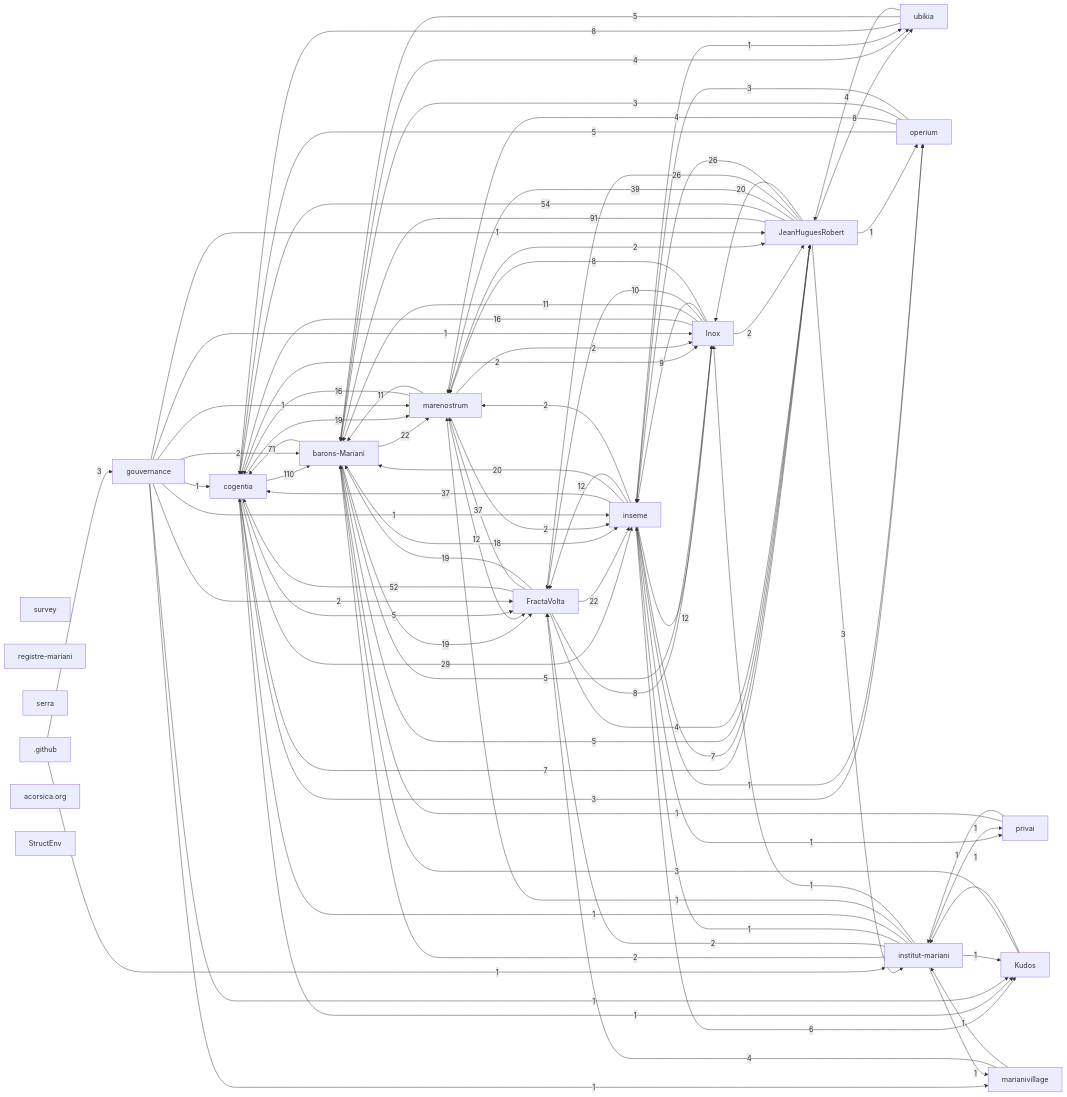
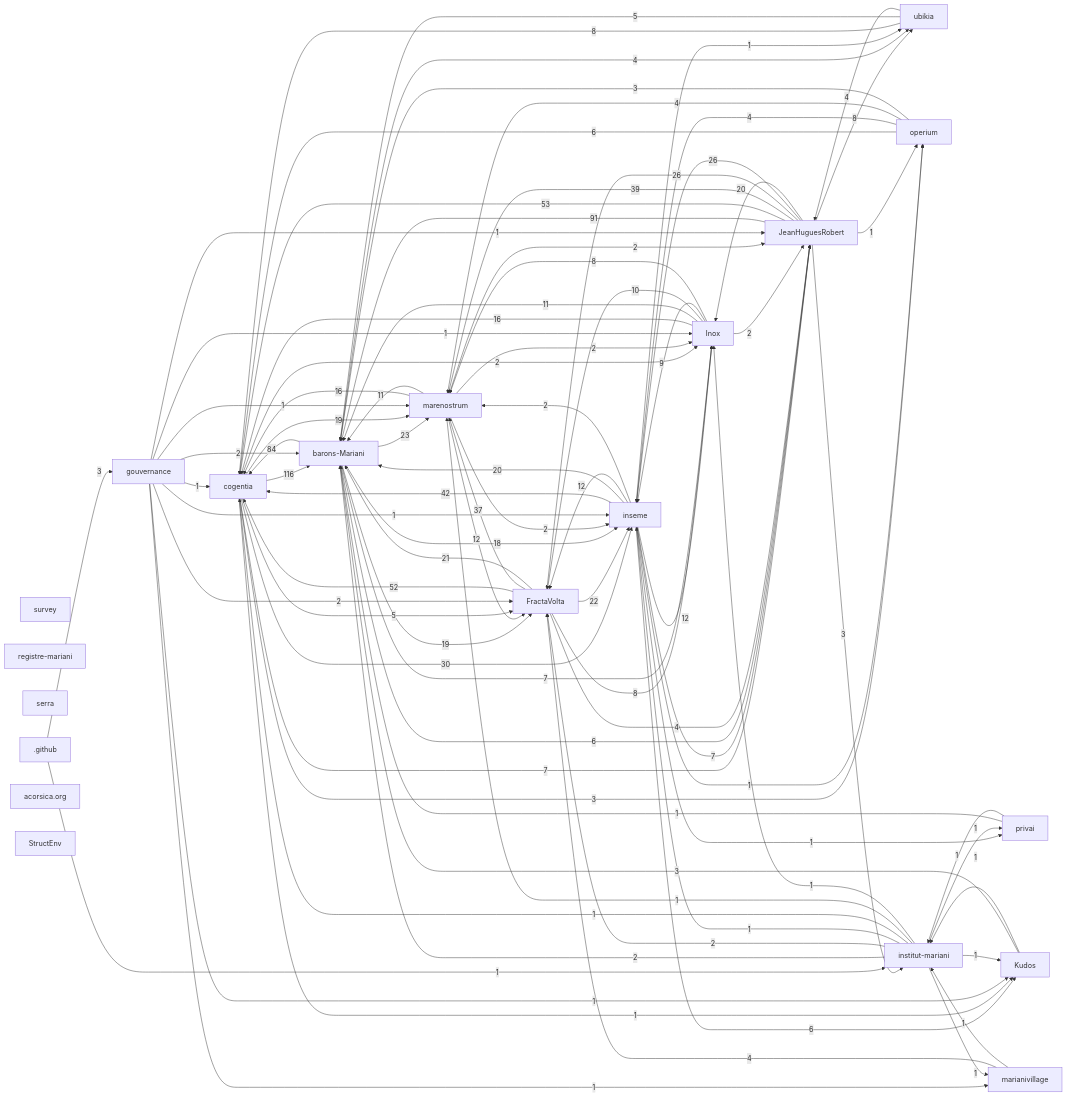
The first of 2 diagrams in research/corpus-status.md (acorsica/acorsica.org), drawn with Mermaid before and after one commit. The commit also changed other lines of this file, not shown here.

Commit message:
docs(corpus): refresh generated corpus-status views
Mechanical consolidation: corpus apply reached a generated-views fixed point.
This commit is generated-only (research/corpus-status.md).

Agent-Assisted: yes
Agent: Grok 4.6 (Grok Build)
Principal: Jean Hugues Robert
Mandate: mechanical corpus consolidation — corpus apply + commit/push generated-only
Human-Reviewed: no
Scope: research/corpus-status.md
Checks: corpus plan empty; commit-generated committable-only
Risk: low
Reversible: yes
Trace: 2026-09-12 mechanical corpus consolidation

```diff
--- a/research/corpus-status.md
+++ b/research/corpus-status.md
@@ -56,24 +56,24 @@
   r_github[".github"]
   r_acorsica_org["acorsica.org"]
   r_structenv["StructEnv"]
-  r_cogentia -->|110| r_barons_mariani
+  r_cogentia -->|116| r_barons_mariani
   r_jeanhuguesrobert -->|91| r_barons_mariani
-  r_barons_mariani -->|71| r_cogentia
-  r_jeanhuguesrobert -->|54| r_cogentia
+  r_barons_mariani -->|84| r_cogentia
+  r_jeanhuguesrobert -->|53| r_cogentia
   r_fractavolta -->|52| r_cogentia
+  r_inseme -->|42| r_cogentia
   r_jeanhuguesrobert -->|39| r_marenostrum
   r_fractavolta -->|37| r_marenostrum
-  r_inseme -->|37| r_cogentia
-  r_cogentia -->|29| r_inseme
+  r_cogentia -->|30| r_inseme
   r_jeanhuguesrobert -->|26| r_fractavolta
   r_jeanhuguesrobert -->|26| r_inseme
-  r_barons_mariani -->|22| r_marenostrum
+  r_barons_mariani -->|23| r_marenostrum
   r_fractavolta -->|22| r_inseme
+  r_fractavolta -->|21| r_barons_mariani
   r_inseme -->|20| r_barons_mariani
   r_jeanhuguesrobert -->|20| r_inox
   r_barons_mariani -->|19| r_fractavolta
   r_cogentia -->|19| r_marenostrum
-  r_fractavolta -->|19| r_barons_mariani
   r_barons_mariani -->|18| r_inseme
   r_inox -->|16| r_cogentia
   r_marenostrum -->|16| r_cogentia
@@ -88,17 +88,18 @@
   r_inox -->|8| r_marenostrum
   r_jeanhuguesrobert -->|8| r_ubikia
   r_ubikia -->|8| r_cogentia
+  r_barons_mariani -->|7| r_inox
   r_cogentia -->|7| r_jeanhuguesrobert
   r_inseme -->|7| r_jeanhuguesrobert
+  r_barons_mariani -->|6| r_jeanhuguesrobert
   r_inseme -->|6| r_kudos
-  r_barons_mariani -->|5| r_inox
-  r_barons_mariani -->|5| r_jeanhuguesrobert
+  r_operium -->|6| r_cogentia
   r_cogentia -->|5| r_fractavolta
-  r_operium -->|5| r_cogentia
   r_ubikia -->|5| r_barons_mariani
   r_barons_mariani -->|4| r_ubikia
   r_fractavolta -->|4| r_jeanhuguesrobert
   r_marianivillage -->|4| r_fractavolta
+  r_operium -->|4| r_inseme
   r_operium -->|4| r_marenostrum
   r_ubikia -->|4| r_jeanhuguesrobert
   r_github -->|3| r_gouvernance
@@ -106,7 +107,6 @@
   r_jeanhuguesrobert -->|3| r_institut_mariani
   r_kudos -->|3| r_barons_mariani
   r_operium -->|3| r_barons_mariani
-  r_operium -->|3| r_inseme
   r_cogentia -->|2| r_inox
   r_gouvernance -->|2| r_barons_mariani
   r_gouvernance -->|2| r_fractavolta
```
